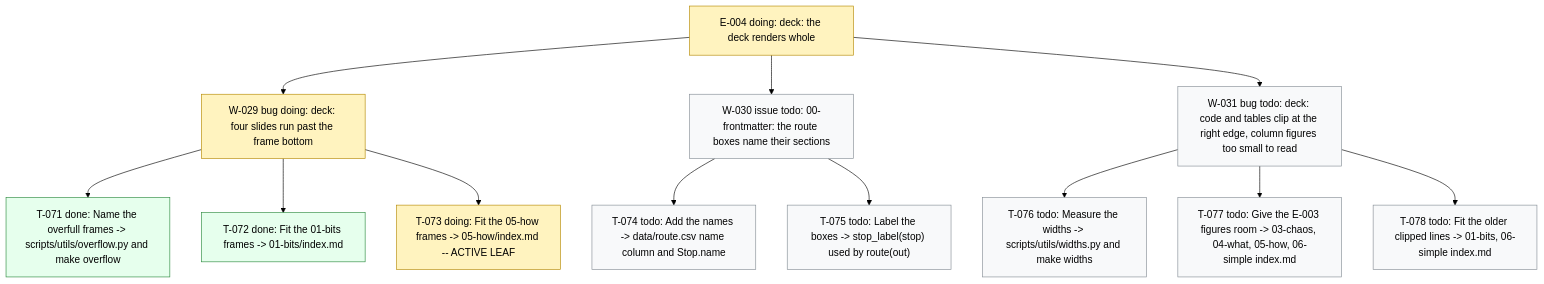
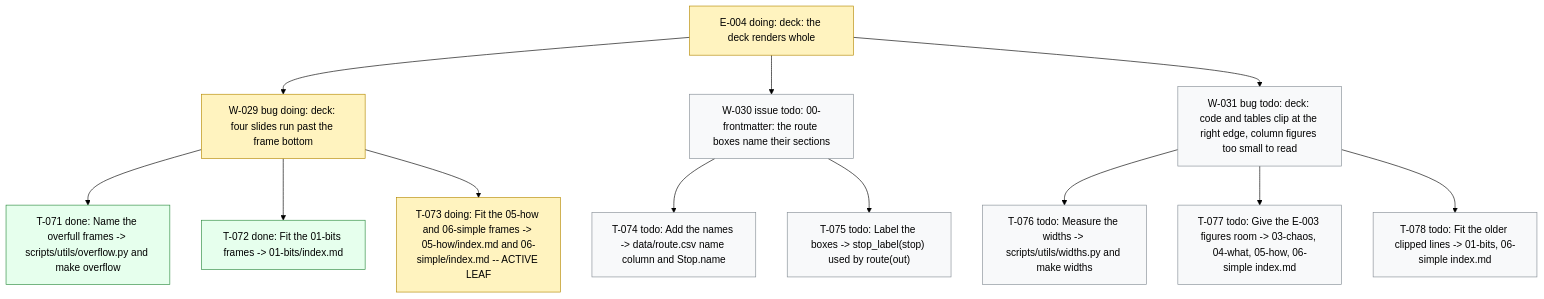
Before and after one commit to dpopchev/chaos-to-simple: the diagram in .board/BOARD.md, drawn with Mermaid (forest theme). The commit also changed 3 other files, not shown here.

First line of the commit message:
chore(board): amend T-073 to name 06-simple/index.md

````diff
--- a/.board/BOARD.md
+++ b/.board/BOARD.md
@@ -193,23 +193,23 @@
 ```mermaid
 flowchart TD
   E004["E-004 doing: deck: the deck renders whole"]
   E004 --> W029["W-029 bug doing: deck: four slides run past the frame bottom"]
   W029 --> T071["T-071 done: Name the overfull frames -> scripts/utils/overflow.py and make overflow"]
   W029 --> T072["T-072 done: Fit the 01-bits frames -> 01-bits/index.md"]
-  W029 --> T073["T-073 doing: Fit the 05-how frames -> 05-how/index.md -- ACTIVE LEAF"]
+  W029 --> T073["T-073 doing: Fit the 05-how and 06-simple frames -> 05-how/index.md and 06-simple/index.md -- ACTIVE LEAF"]
   E004 --> W030["W-030 issue todo: 00-frontmatter: the route boxes name their sections"]
   W030 --> T074["T-074 todo: Add the names -> data/route.csv name column and Stop.name"]
   W030 --> T075["T-075 todo: Label the boxes -> stop_label(stop) used by route(out)"]
   E004 --> W031["W-031 bug todo: deck: code and tables clip at the right edge, column figures too small to read"]
   W031 --> T076["T-076 todo: Measure the widths -> scripts/utils/widths.py and make widths"]
   W031 --> T077["T-077 todo: Give the E-003 figures room -> 03-chaos, 04-what, 05-how, 06-simple index.md"]
   W031 --> T078["T-078 todo: Fit the older clipped lines -> 01-bits, 06-simple index.md"]
   classDef doing fill:#fff3bf,stroke:#b58900,color:#000;
   classDef blocked fill:#ffe3e3,stroke:#c92a2a,color:#000;
   classDef done fill:#e6ffed,stroke:#2b8a3e,color:#000;
   classDef todo fill:#f8f9fa,stroke:#868e96,color:#000;
   classDef pruned fill:#f1f3f5,stroke:#adb5bd,color:#000;
   class E004,W029,T073 doing
   class T071,T072 done
   class W030,T074,T075,W031,T076,T077,T078 todo
 ```
````
